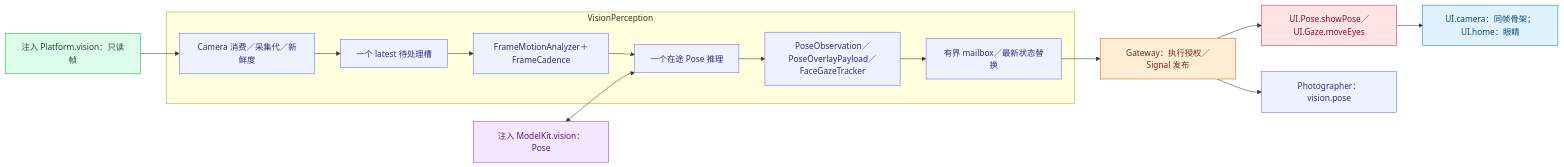
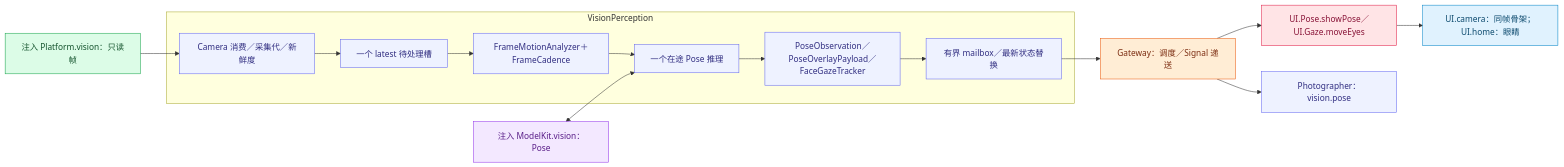
One commit to devilyouwei/MobileHarness changed the second of 2 diagrams in MobileHarness/Agents/VisionPerception/README.md. Above: the diagram before and after it, drawn with Mermaid. The commit also changed other lines of this file and 352 other files, not shown here.

````diff
--- a/MobileHarness/Agents/VisionPerception/README.md
+++ b/MobileHarness/Agents/VisionPerception/README.md
@@ -62,27 +62,27 @@
 ```mermaid
 flowchart LR
  P["注入 Platform.vision：只读帧"]:::platform
  M["注入 ModelKit.vision：Pose"]:::model
  subgraph Role["VisionPerception"]
  N["Camera 消费／采集代／新鲜度"]:::agent
  L["一个 latest 待处理槽"]:::agent
  C["FrameMotionAnalyzer＋FrameCadence"]:::agent
  I["一个在途 Pose 推理"]:::agent
  O["PoseObservation／PoseOverlayPayload／FaceGazeTracker"]:::agent
  Q["有界 mailbox／最新状态替换"]:::agent
  end
  P --> N --> L --> C --> I --> O --> Q
  M <--> I
- Q --> G["Gateway：执行授权／Signal 发布"]:::gateway
+ Q --> G["Gateway：调度／Signal 递送"]:::gateway
  G --> X["UI.Pose.showPose／UI.Gaze.moveEyes"]:::action
  X --> U["UI.camera：同帧骨架；UI.home：眼睛"]:::ui
  G --> PH["Photographer：vision.pose"]:::agent
  classDef ui fill:#e0f2fe,stroke:#0284c7,color:#0c4a6e
  classDef platform fill:#dcfce7,stroke:#16a34a,color:#14532d
  classDef model fill:#f3e8ff,stroke:#9333ea,color:#581c87
  classDef storage fill:#fef3c7,stroke:#d97706,color:#78350f
  classDef agent fill:#eef2ff,stroke:#6366f1,color:#312e81
  classDef gateway fill:#ffedd5,stroke:#ea580c,color:#7c2d12
  classDef action fill:#ffe4e6,stroke:#e11d48,color:#881337
  classDef host fill:#f1f5f9,stroke:#64748b,color:#334155
 ```
````
